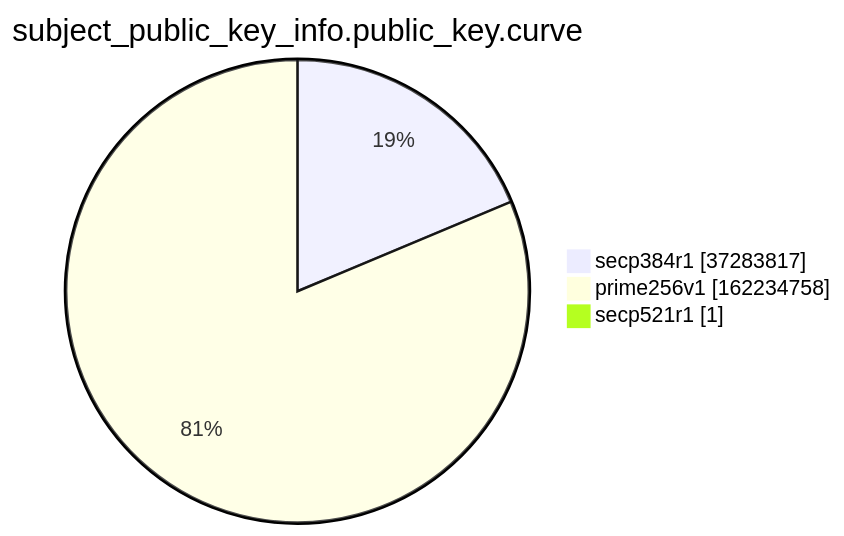
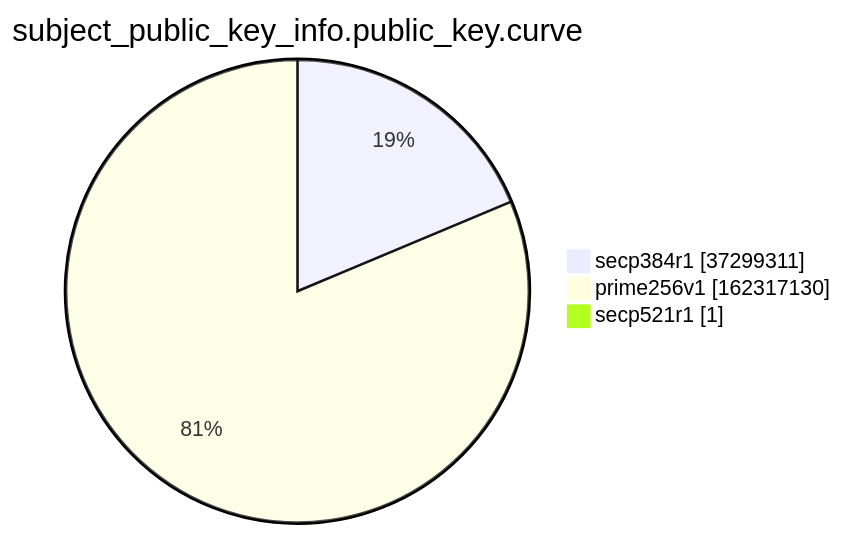
The ninth of 15 diagrams in argon2022/README.md (christiankrug/ctmonitor_visualization), drawn with Mermaid before and after one commit. The commit also changed other lines of this file, not shown here.

````diff
--- a/argon2022/README.md
+++ b/argon2022/README.md
@@ -2766,7 +2766,7 @@
 ```mermaid
 pie showData
 title subject_public_key_info.public_key.curve
-"secp384r1" :37283817
-"prime256v1" :162234758
+"secp384r1" :37299311
+"prime256v1" :162317130
 "secp521r1" :1
 ```
````
